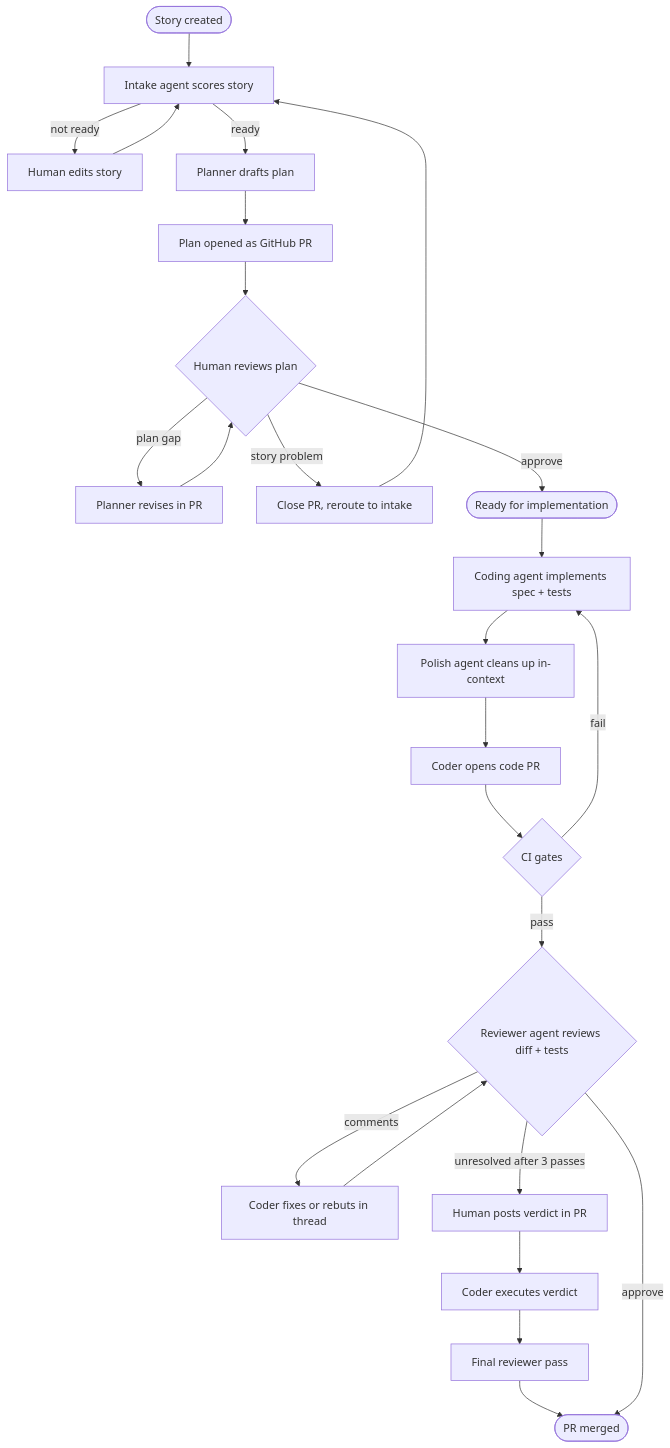
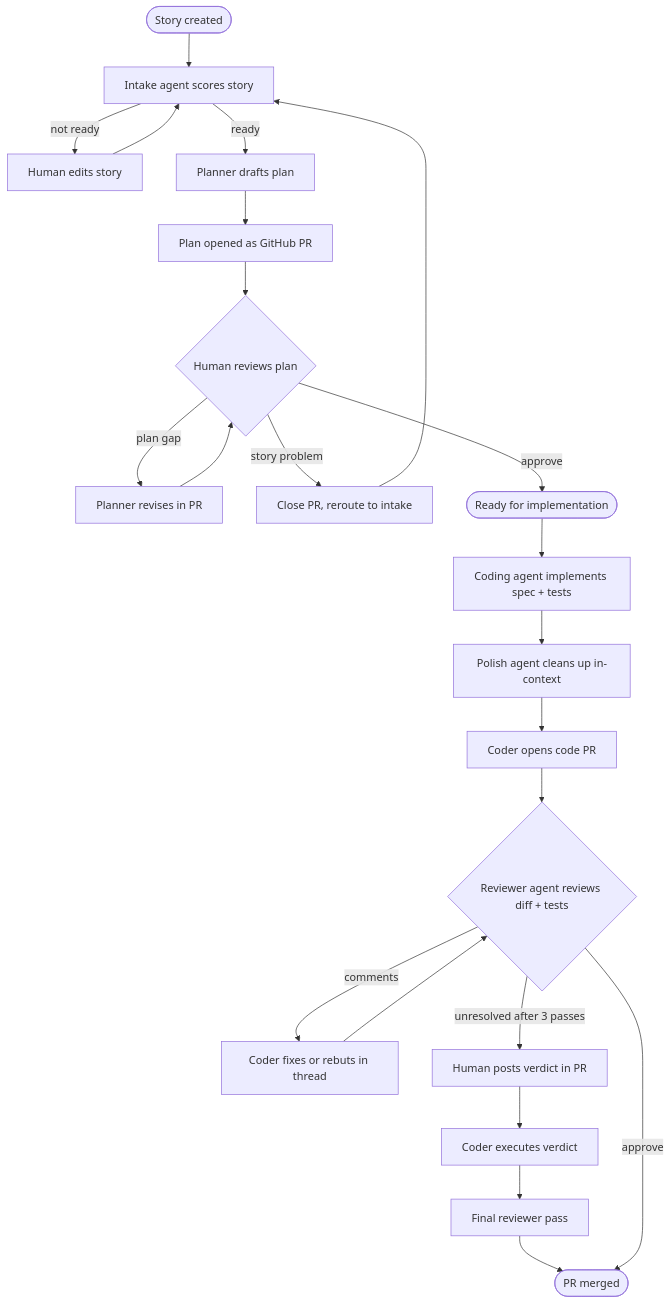
Before and after one commit to dlw-digitalworkplace/ai-native-dev: the first of 2 diagrams in design-doc.md, drawn with Mermaid. The commit also changed other lines of this file and 5 other files, not shown here.

First line of the commit message:
docs: build phase fully live-tested; remove CI from the flow (D34)

````diff
--- a/design-doc.md
+++ b/design-doc.md
@@ -50,27 +50,25 @@
 ```mermaid
 flowchart TD
     A([Story created]) --> B[Intake agent scores story]
     B -- not ready --> R1[Human edits story]
     R1 --> B
     B -- ready --> C[Planner drafts plan]
     C --> D[Plan opened as GitHub PR]
     D --> E{Human reviews plan}
     E -- plan gap --> F[Planner revises in PR]
     F --> E
     E -- story problem --> G[Close PR, reroute to intake]
     G --> B
     E -- approve --> H([Ready for implementation])
     H --> I[Coding agent implements spec + tests]
     I --> J[Polish agent cleans up in-context]
     J --> K[Coder opens code PR]
-    K --> L{CI gates}
-    L -- fail --> I
-    L -- pass --> M{Reviewer agent reviews diff + tests}
+    K --> M{Reviewer agent reviews diff + tests}
     M -- comments --> N[Coder fixes or rebuts in thread]
     N --> M
     M -- unresolved after 3 passes --> O[Human posts verdict in PR]
     O --> P[Coder executes verdict]
     P --> Q[Final reviewer pass]
     Q --> Z([PR merged])
     M -- approve --> Z
 ```
````
